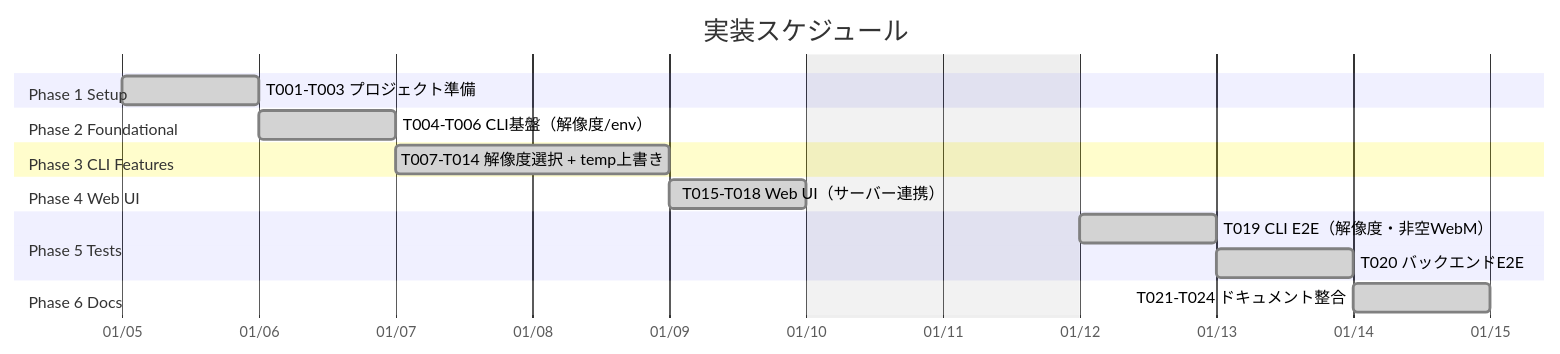
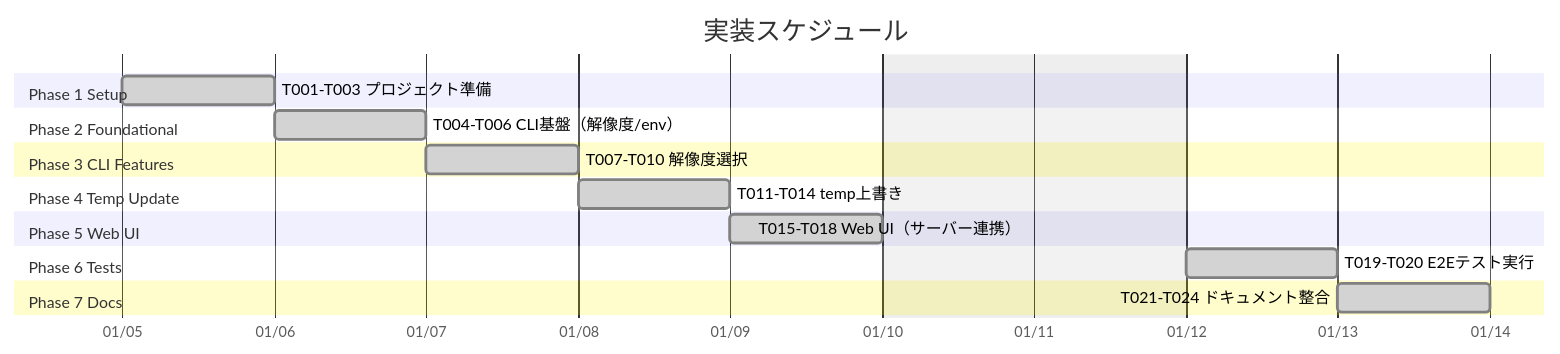
One commit to J1921604/Slide-MyVoice-Maker changed the first of 2 diagrams in specs/001-Slide-Voice-Maker/tasks.md. Above: the diagram before and after it, drawn with Mermaid. The commit also changed 10 other files, not shown here.

````diff
--- a/specs/001-Slide-Voice-Maker/tasks.md
+++ b/specs/001-Slide-Voice-Maker/tasks.md
@@ -18,26 +18,28 @@
 ```mermaid
 gantt
     title 実装スケジュール
     dateFormat YYYY-MM-DD
     axisFormat %m/%d
     excludes weekends, 2025-12-27, 2025-12-28, 2025-12-29, 2025-12-30, 2025-12-31, 2026-01-01, 2026-01-02, 2026-01-03, 2026-01-04
 
     section Phase 1 Setup
     T001-T003 プロジェクト準備                :done, p1, 2026-01-05, 1d
 
     section Phase 2 Foundational
     T004-T006 CLI基盤（解像度/env）            :done, p2, after p1, 1d
 
     section Phase 3 CLI Features
-    T007-T014 解像度選択 + temp上書き           :done, p3, after p2, 2d
+    T007-T010 解像度選択                       :done, p3, after p2, 1d
 
-    section Phase 4 Web UI
-    T015-T018 Web UI（サーバー連携）            :done, p4, after p3, 1d
+    section Phase 4 Temp Update
+    T011-T014 temp上書き                       :done, p4, after p3, 1d
 
-    section Phase 5 Tests
-    T019 CLI E2E（解像度・非空WebM）            :done, p5, after p4, 1d
-    T020 バックエンドE2E                        :done, p6, after p5, 1d
+    section Phase 5 Web UI
+    T015-T018 Web UI（サーバー連携）            :done, p5, after p4, 1d
 
-    section Phase 6 Docs
+    section Phase 6 Tests
+    T019-T020 E2Eテスト実行                    :done, p6, after p5, 1d
+
+    section Phase 7 Docs
     T021-T024 ドキュメント整合                  :done, p7, after p6, 1d
 ```
````
